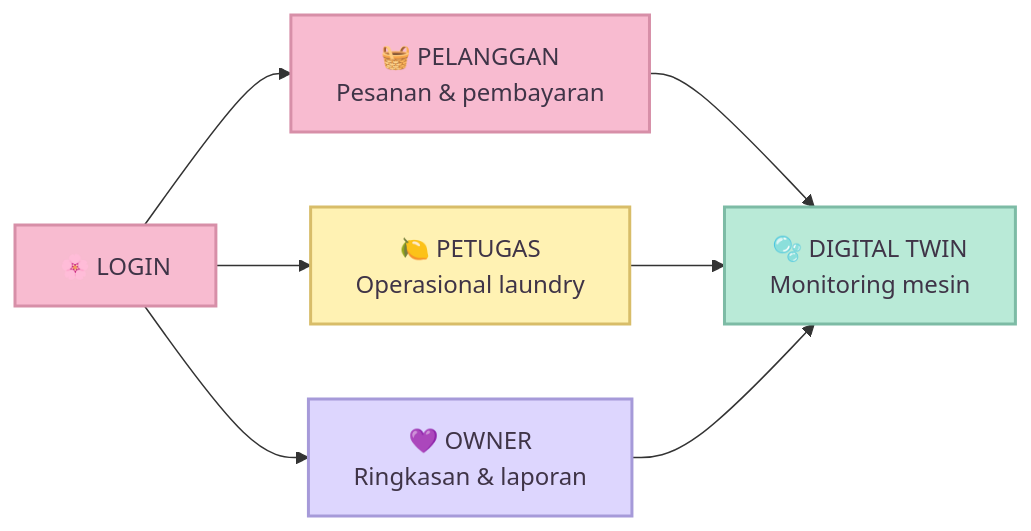
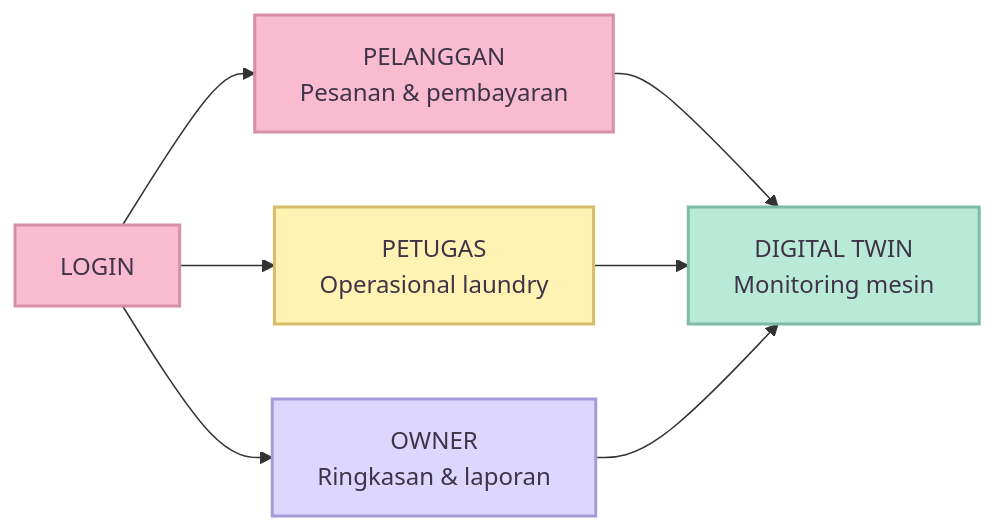
The fourth of 4 diagrams in Sprint 1/designdanarsiktektur.md (RPLUNIT032026/Smart-Laundry-AKT25), drawn with Mermaid before and after one commit.

````diff
--- a/Sprint 1/designdanarsiktektur.md
+++ b/Sprint 1/designdanarsiktektur.md
@@ -267,17 +267,17 @@
 ```mermaid
 flowchart LR
-    L["🌸 LOGIN<br/"] --> P["🧺 PELANGGAN<br/>Pesanan & pembayaran"]
-    L --> T["🍋 PETUGAS<br/>Operasional laundry"]
-    L --> O["💜 OWNER<br/>Ringkasan & laporan"]
-    P --> M["🫧 DIGITAL TWIN<br/>Monitoring mesin"]
+    L["LOGIN<br/"] --> P["PELANGGAN<br/>Pesanan & pembayaran"]
+    L --> T["PETUGAS<br/>Operasional laundry"]
+    L --> O["OWNER<br/>Ringkasan & laporan"]
+    P --> M["DIGITAL TWIN<br/>Monitoring mesin"]
     T --> M
     O --> M
     classDef pink fill:#F8BBD0,stroke:#D78FA8,color:#3F3447,stroke-width:2px;
     classDef yellow fill:#FFF2B3,stroke:#D8BD69,color:#3F3447,stroke-width:2px;
     classDef lavender fill:#DDD6FE,stroke:#A69AD9,color:#3F3447,stroke-width:2px;
     classDef mint fill:#B9EAD7,stroke:#7DBBA5,color:#3F3447,stroke-width:2px;
     class L,P pink;
     class T yellow;
     class O lavender;
     class M mint;
 ```
````
